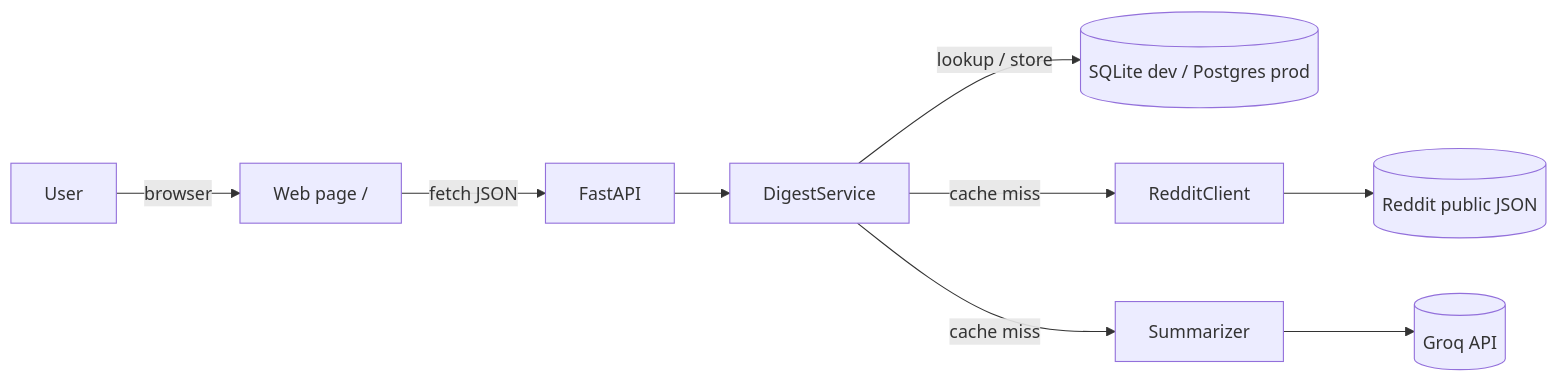
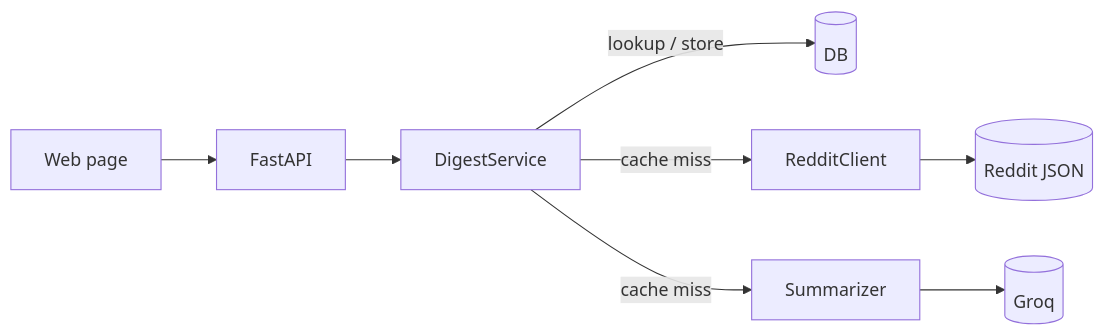
The diagram in README.md (vizzz40/sintesi-ai), drawn with Mermaid before and after one commit. The commit also changed other lines of this file, not shown here.

````diff
--- a/README.md
+++ b/README.md
@@ -20,11 +11,8 @@
 ```mermaid
 flowchart LR
-    User -->|browser| UI["Web page  /"]
-    UI -->|fetch JSON| API[FastAPI]
+    UI["Web page"] --> API[FastAPI]
     API --> DS[DigestService]
-    DS -->|lookup / store| DB[("SQLite dev / Postgres prod")]
-    DS -->|cache miss| RC[RedditClient]
-    DS -->|cache miss| SUM[Summarizer]
-    RC --> Reddit[(Reddit public JSON)]
-    SUM --> Groq[(Groq API)]
+    DS -->|lookup / store| DB[("DB")]
+    DS -->|cache miss| RC[RedditClient] --> Reddit[(Reddit JSON)]
+    DS -->|cache miss| SUM[Summarizer] --> Groq[(Groq)]
 ```
````
